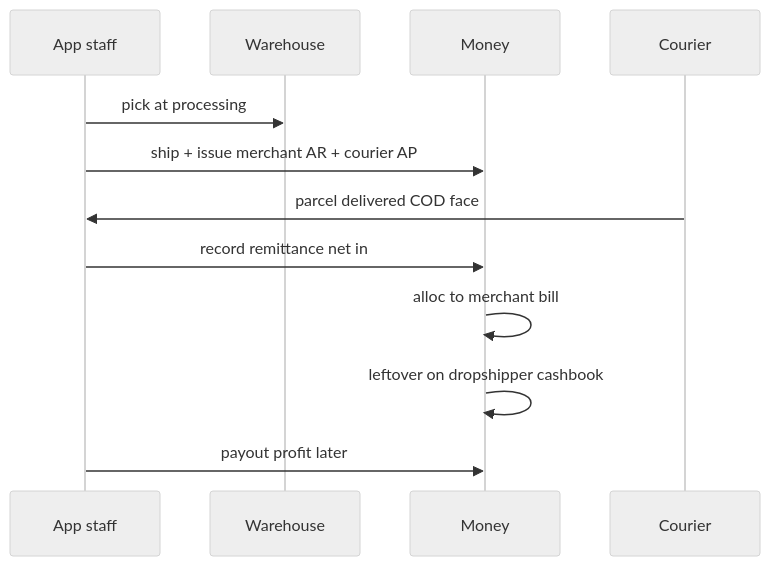
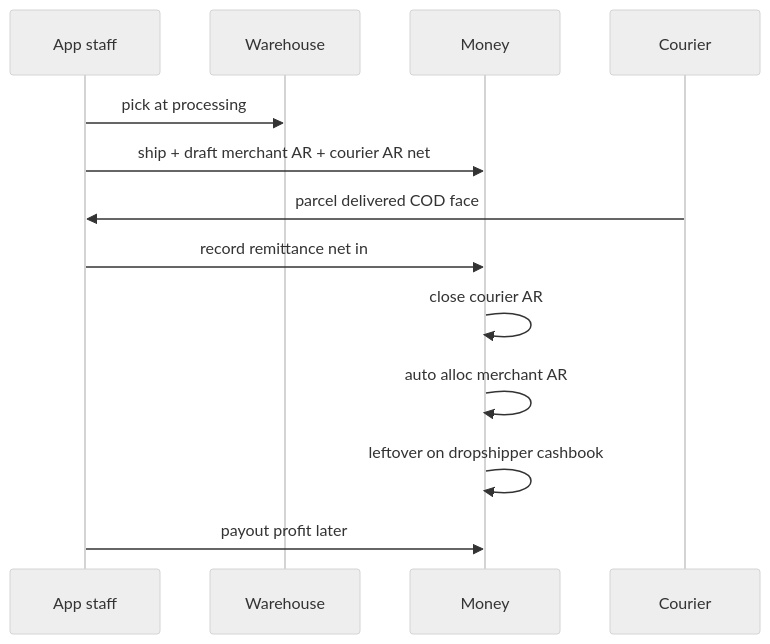
Before and after one commit to david-git-2/brandwala-wholesale-quasar-v2: the third of 3 diagrams in web/src/modules/docs/content/md/module-dropship.md, drawn with Mermaid (neutral theme). The commit also changed other lines of this file and 20 other files, not shown here.

````diff
--- a/web/src/modules/docs/content/md/module-dropship.md
+++ b/web/src/modules/docs/content/md/module-dropship.md
@@ -101,15 +105,16 @@
 ```mermaid
 sequenceDiagram
   participant Ops as App staff
   participant WH as Warehouse
   participant Mon as Money
   participant Cour as Courier
 
   Ops->>WH: pick at processing
-  Ops->>Mon: ship + issue merchant AR + courier AP
+  Ops->>Mon: ship + draft merchant AR + courier AR net
   Cour->>Ops: parcel delivered COD face
   Ops->>Mon: record remittance net in
-  Mon->>Mon: alloc to merchant bill
+  Mon->>Mon: close courier AR
+  Mon->>Mon: auto alloc merchant AR
   Mon->>Mon: leftover on dropshipper cashbook
   Ops->>Mon: payout profit later
 ```
````
